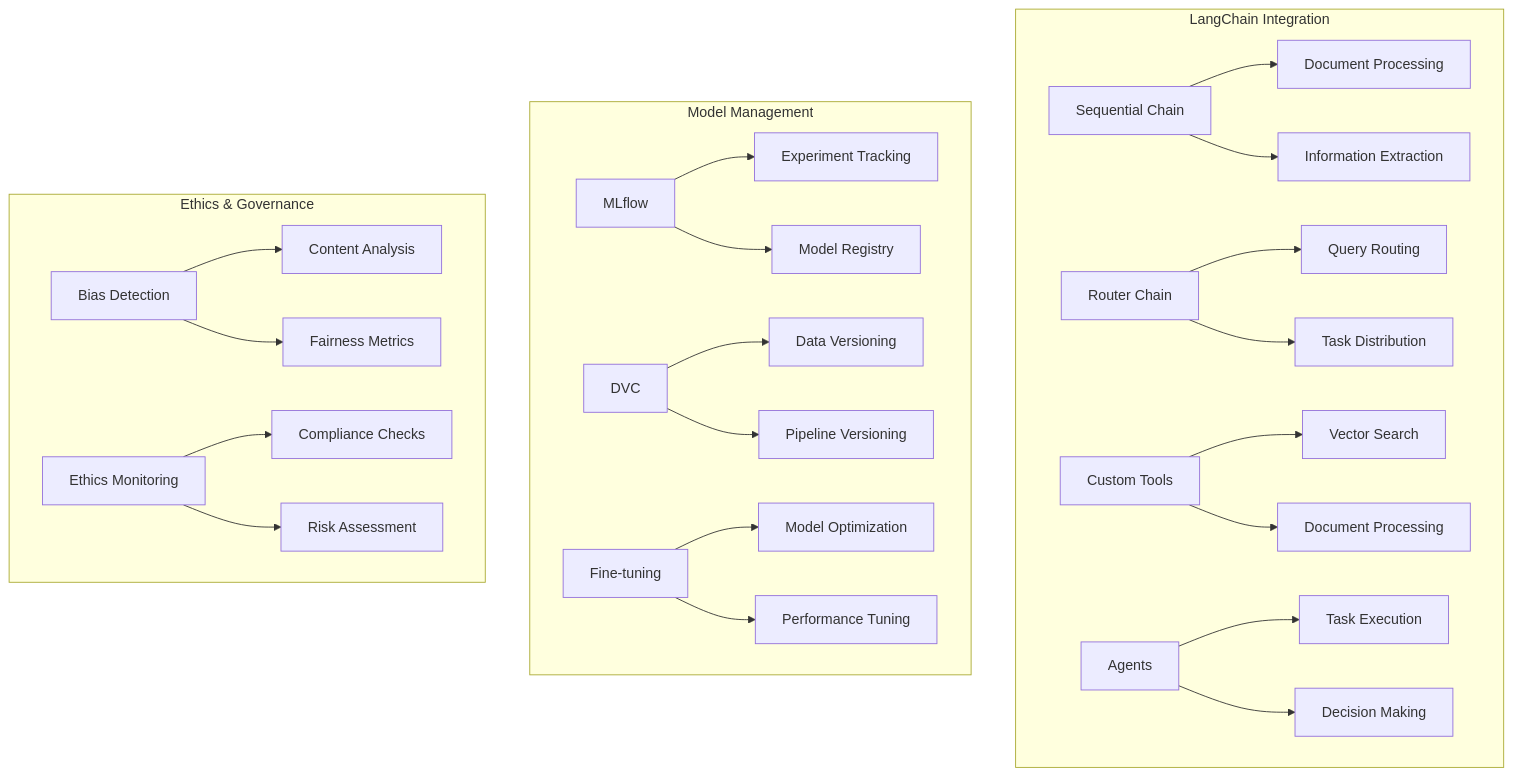
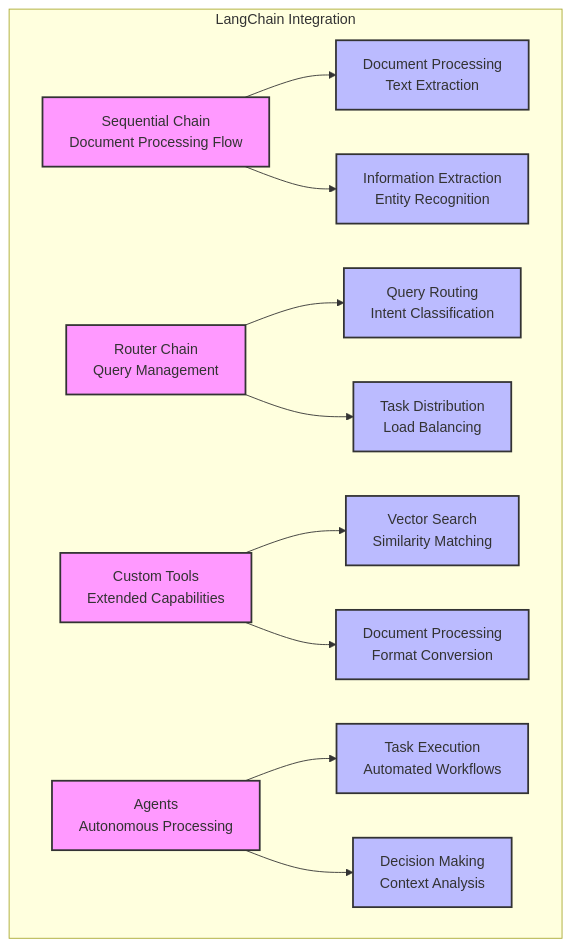
Before and after one commit to Jencheng1/DocuVector: the second of 21 diagrams in README.md, drawn with Mermaid. The commit also changed other lines of this file, not shown here.

````diff
--- a/README.md
+++ b/README.md
@@ -71,29 +73,26 @@
 ```mermaid
 graph TD
+    style A fill:#f9f,stroke:#333,stroke-width:2px
+    style B fill:#bbf,stroke:#333,stroke-width:2px
+    style C fill:#bbf,stroke:#333,stroke-width:2px
+    style D fill:#f9f,stroke:#333,stroke-width:2px
+    style E fill:#bbf,stroke:#333,stroke-width:2px
+    style F fill:#bbf,stroke:#333,stroke-width:2px
+    style G fill:#f9f,stroke:#333,stroke-width:2px
+    style H fill:#bbf,stroke:#333,stroke-width:2px
+    style I fill:#bbf,stroke:#333,stroke-width:2px
+    style J fill:#f9f,stroke:#333,stroke-width:2px
+    style K fill:#bbf,stroke:#333,stroke-width:2px
+    style L fill:#bbf,stroke:#333,stroke-width:2px
+
     subgraph "LangChain Integration"
-        A[Sequential Chain] --> B[Document Processing]
-        A --> C[Information Extraction]
-        D[Router Chain] --> E[Query Routing]
-        D --> F[Task Distribution]
-        G[Custom Tools] --> H[Vector Search]
-        G --> I[Document Processing]
-        J[Agents] --> K[Task Execution]
-        J --> L[Decision Making]
-    end
-
-    subgraph "Model Management"
-        M[MLflow] --> N[Experiment Tracking]
-        M --> O[Model Registry]
-        P[DVC] --> Q[Data Versioning]
-        P --> R[Pipeline Versioning]
-        S[Fine-tuning] --> T[Model Optimization]
-        S --> U[Performance Tuning]
-    end
-
-    subgraph "Ethics & Governance"
-        V[Bias Detection] --> W[Content Analysis]
-        V --> X[Fairness Metrics]
-        Y[Ethics Monitoring] --> Z[Compliance Checks]
-        Y --> AA[Risk Assessment]
+        A[Sequential Chain<br/>Document Processing Flow] --> B[Document Processing<br/>Text Extraction]
+        A --> C[Information Extraction<br/>Entity Recognition]
+        D[Router Chain<br/>Query Management] --> E[Query Routing<br/>Intent Classification]
+        D --> F[Task Distribution<br/>Load Balancing]
+        G[Custom Tools<br/>Extended Capabilities] --> H[Vector Search<br/>Similarity Matching]
+        G --> I[Document Processing<br/>Format Conversion]
+        J[Agents<br/>Autonomous Processing] --> K[Task Execution<br/>Automated Workflows]
+        J --> L[Decision Making<br/>Context Analysis]
     end
 ```
````
